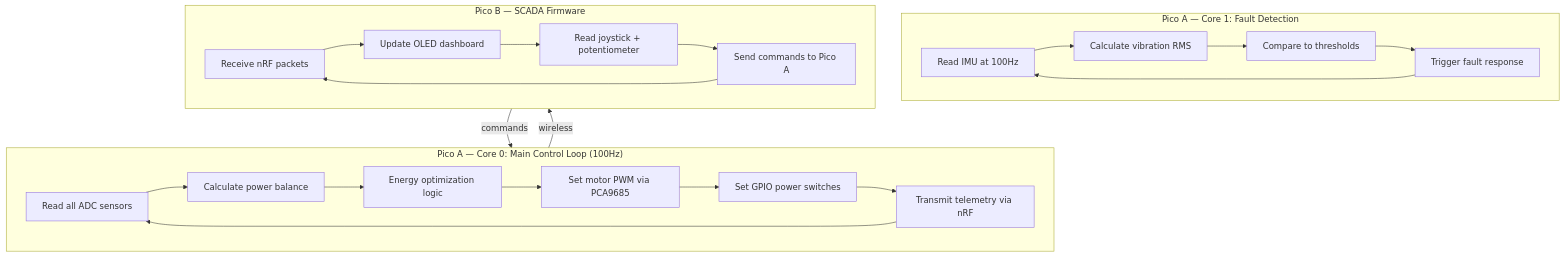
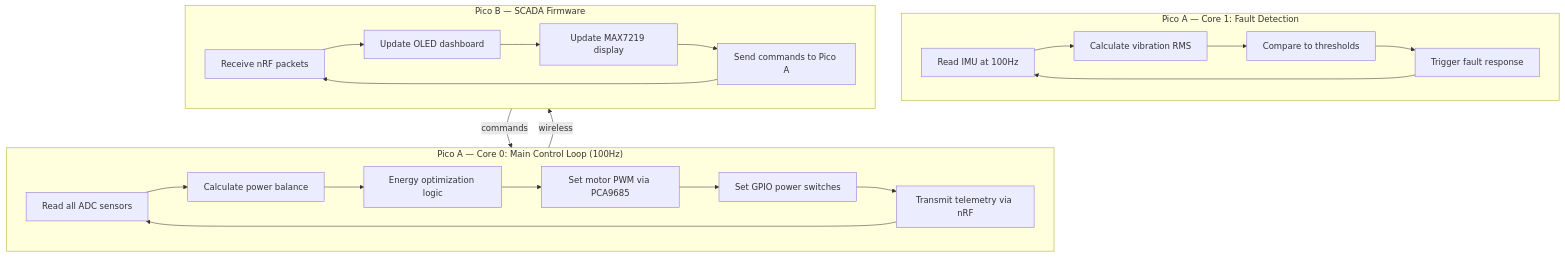
One commit to doyun-gu/hack-a-bot-2026 changed the eighth of 14 diagrams in docs/01-overview/gridbox-design.md. Above: the diagram before and after it, drawn with Mermaid. The commit also changed other lines of this file and 11 other files, not shown here.

````diff
--- a/docs/01-overview/gridbox-design.md
+++ b/docs/01-overview/gridbox-design.md
@@ -283,34 +284,34 @@
 ```mermaid
 graph TB
     subgraph CORE0["Pico A — Core 0: Main Control Loop (100Hz)"]
         READ["Read all ADC sensors"]
         CALC["Calculate power balance"]
         OPTIMIZE["Energy optimization logic"]
         PWM["Set motor PWM via PCA9685"]
         SWITCH["Set GPIO power switches"]
         TX["Transmit telemetry via nRF"]
 
         READ --> CALC --> OPTIMIZE --> PWM --> SWITCH --> TX --> READ
     end
 
     subgraph CORE1["Pico A — Core 1: Fault Detection"]
         IMU_READ["Read IMU at 100Hz"]
         VIB["Calculate vibration RMS"]
         FAULT_CHECK["Compare to thresholds"]
         ALERT["Trigger fault response"]
 
         IMU_READ --> VIB --> FAULT_CHECK --> ALERT --> IMU_READ
     end
 
     subgraph PICO_B_SW["Pico B — SCADA Firmware"]
         RX["Receive nRF packets"]
         DISPLAY["Update OLED dashboard"]
-        INPUT["Read joystick + potentiometer"]
+        SEG_D["Update MAX7219 display"]
         CMD["Send commands to Pico A"]
 
-        RX --> DISPLAY --> INPUT --> CMD --> RX
+        RX --> DISPLAY --> SEG_D --> CMD --> RX
     end
 
     CORE0 -->|"wireless"| PICO_B_SW
     PICO_B_SW -->|"commands"| CORE0
 ```
````
